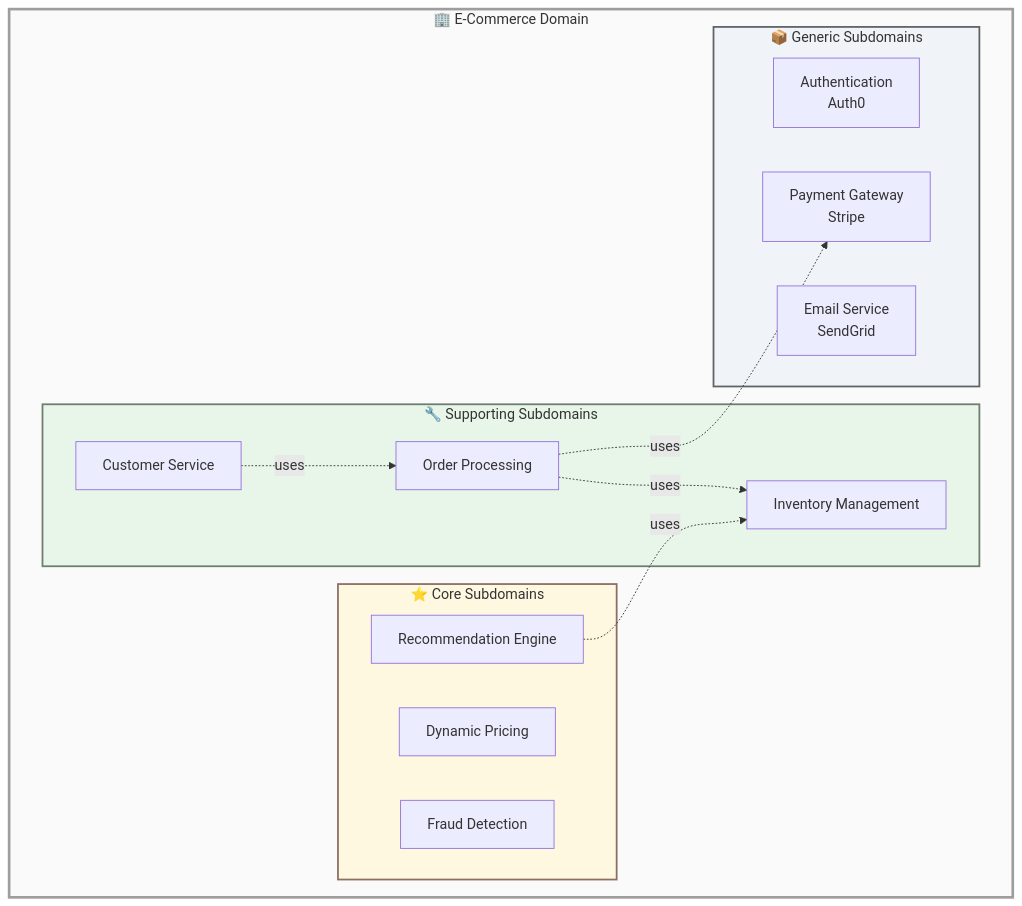
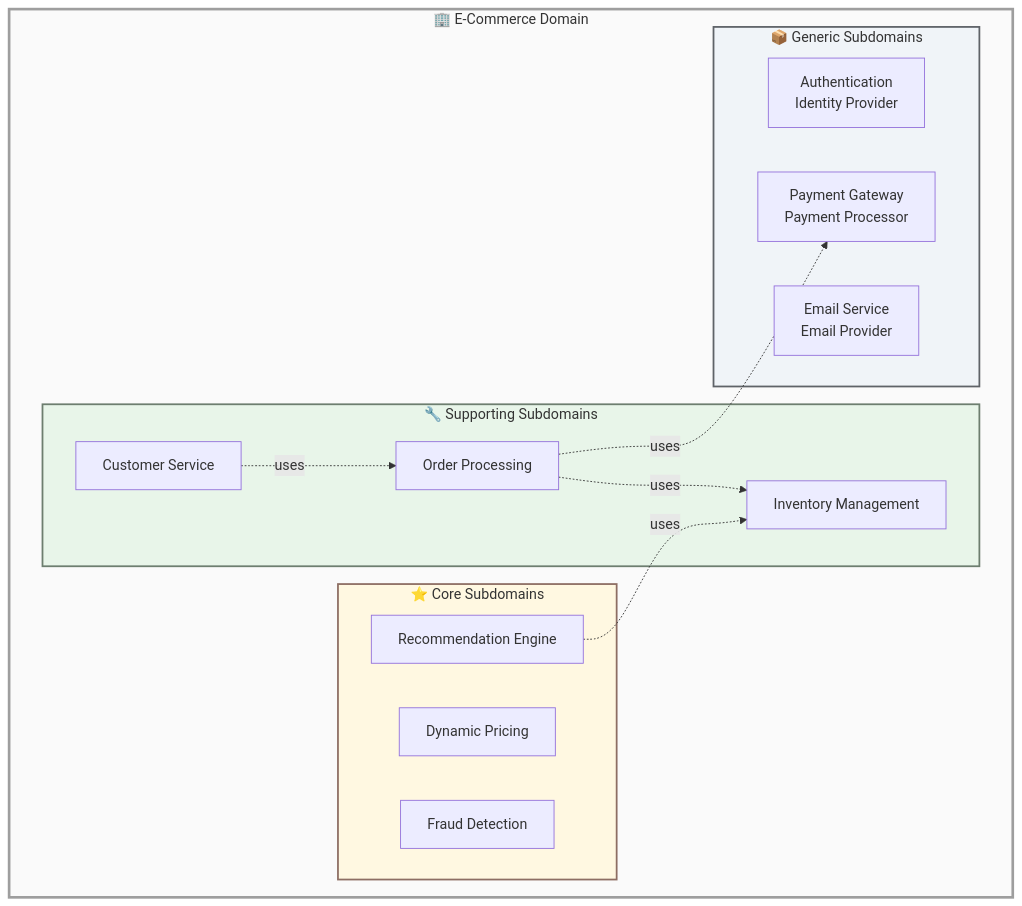
Before and after one commit to adrian-d-hidalgo/domain-driven-design: the first of 3 diagrams in 02-strategic-design.md, drawn with Mermaid. The commit also changed other lines of this file and 7 other files, not shown here.

````diff
--- a/02-strategic-design.md
+++ b/02-strategic-design.md
@@ -16,32 +100,32 @@
 ```mermaid
 graph TB
     subgraph DOMAIN["🏢 E-Commerce Domain"]
         subgraph CORE["⭐ Core Subdomains"]
             REC[Recommendation Engine]
             PRICING[Dynamic Pricing]
             FRAUD[Fraud Detection]
         end
 
         subgraph SUPPORT["🔧 Supporting Subdomains"]
             ORDER[Order Processing]
             INVENTORY[Inventory Management]
             CUSTOMER[Customer Service]
         end
 
         subgraph GENERIC["📦 Generic Subdomains"]
-            AUTH[Authentication<br/>Auth0]
-            EMAIL[Email Service<br/>SendGrid]
-            PAYMENT[Payment Gateway<br/>Stripe]
+            AUTH[Authentication<br/>Identity Provider]
+            EMAIL[Email Service<br/>Email Provider]
+            PAYMENT[Payment Gateway<br/>Payment Processor]
         end
     end
 
     REC -.->|uses| INVENTORY
     ORDER -.->|uses| INVENTORY
     ORDER -.->|uses| PAYMENT
     CUSTOMER -.->|uses| ORDER
 
     style DOMAIN fill:#fafafa,stroke:#9e9e9e,stroke-width:3px
     style CORE fill:#fff8e1,stroke:#8d6e63,stroke-width:2px
     style SUPPORT fill:#e8f5e9,stroke:#6d7e6f,stroke-width:2px
     style GENERIC fill:#f0f4f8,stroke:#5f6368,stroke-width:2px
 ```
````
